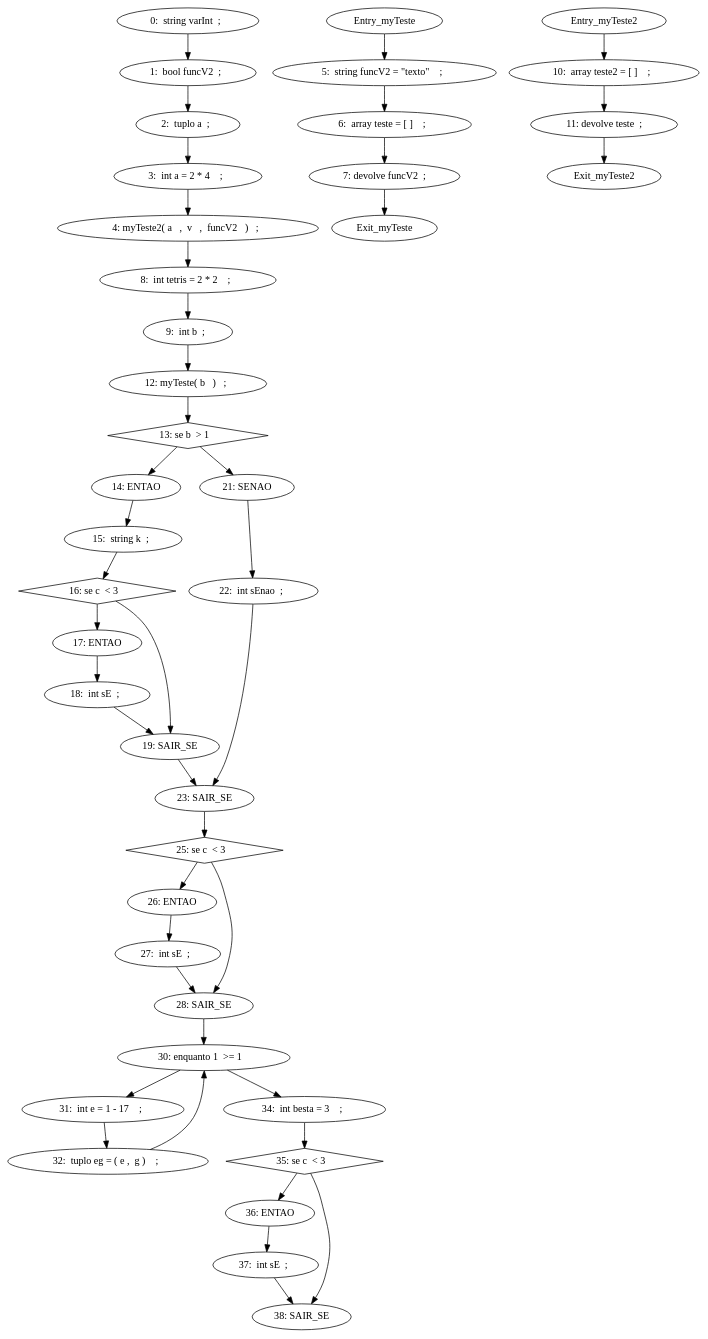
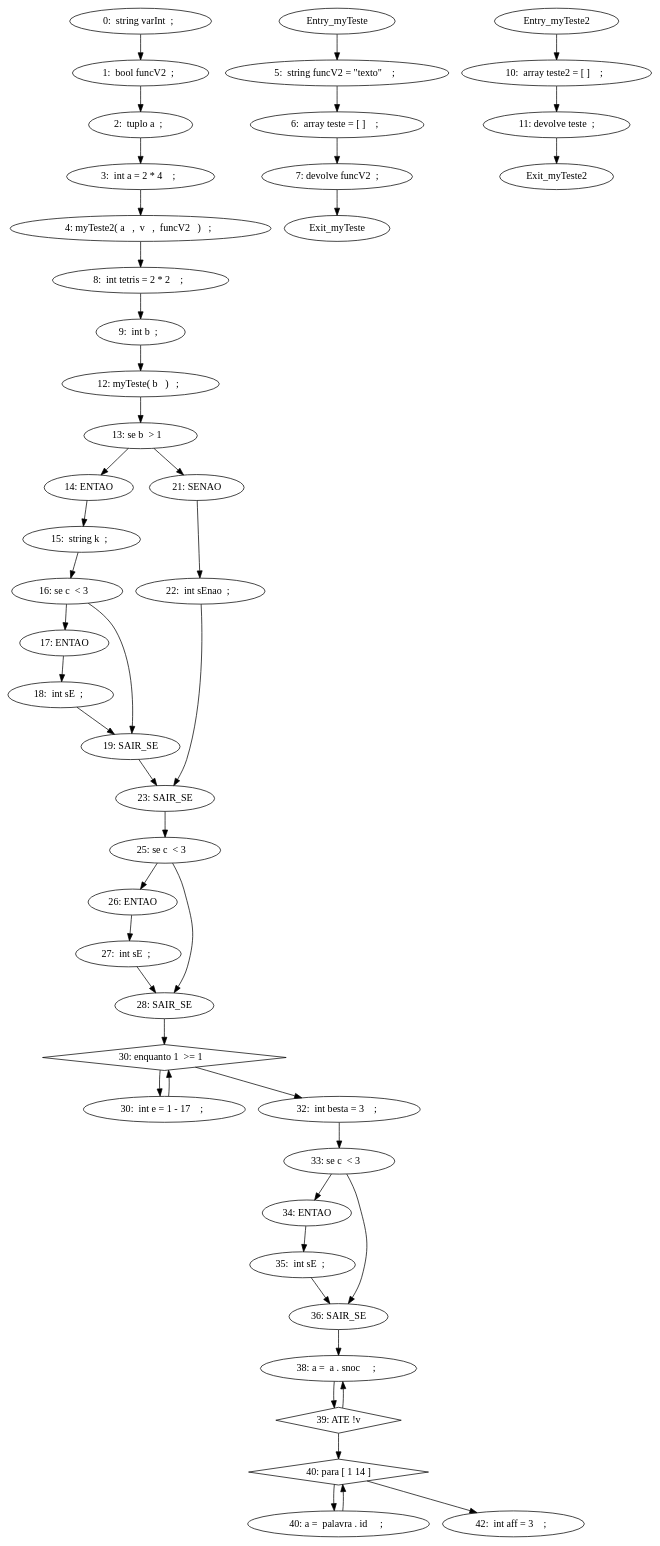
One commit to Yakari144/ImperativeLanguageAnalyser changed the diagram in cfg.dot. Above: the diagram before and after it, drawn with Graphviz. The commit also changed 4 other files, not shown here.

```diff
--- a/cfg.dot
+++ b/cfg.dot
@@ -1,47 +1,52 @@
-digraph CFG{
+digraph G {
 "0:  string varInt  ;  " -> "1:  bool funcV2  ;  "
 "1:  bool funcV2  ;  " -> "2:  tuplo a  ;  "
 "2:  tuplo a  ;  " -> "3:  int a = 2 * 4    ;  "
 "3:  int a = 2 * 4    ;  " -> "4: myTeste2( a   ,  v   ,  funcV2   )   ;  "
 "Entry_myTeste" -> "5:  string funcV2 = \"texto\"    ;  "
 "5:  string funcV2 = \"texto\"    ;  " -> "6:  array teste = [ ]    ;  "
 "6:  array teste = [ ]    ;  " -> "7: devolve funcV2  ; "
 "7: devolve funcV2  ; " -> "Exit_myTeste"
 "4: myTeste2( a   ,  v   ,  funcV2   )   ;  " -> "8:  int tetris = 2 * 2    ;  "
 "8:  int tetris = 2 * 2    ;  " -> "9:  int b  ;  "
 "Entry_myTeste2" -> "10:  array teste2 = [ ]    ;  "
 "10:  array teste2 = [ ]    ;  " -> "11: devolve teste  ; "
 "11: devolve teste  ; " -> "Exit_myTeste2"
 "9:  int b  ;  " -> "12: myTeste( b   )   ;  "
 "12: myTeste( b   )   ;  " -> "13: se b  > 1   "
-"13: se b  > 1   " [shape=diamond]
 "13: se b  > 1   " -> "14: ENTAO"
 "14: ENTAO" -> "15:  string k  ;  "
 "15:  string k  ;  " -> "16: se c  < 3   "
-"16: se c  < 3   " [shape=diamond]
 "16: se c  < 3   " -> "17: ENTAO"
 "17: ENTAO" -> "18:  int sE  ;  "
 "18:  int sE  ;  " -> "19: SAIR_SE"
 "16: se c  < 3   " -> "19: SAIR_SE"
 "13: se b  > 1   " -> "21: SENAO "
 "21: SENAO " -> "22:  int sEnao  ;  "
 "22:  int sEnao  ;  " -> "23: SAIR_SE"
 "19: SAIR_SE" -> "23: SAIR_SE"
 "23: SAIR_SE" -> "25: se c  < 3   "
-"25: se c  < 3   " [shape=diamond]
 "25: se c  < 3   " -> "26: ENTAO"
 "26: ENTAO" -> "27:  int sE  ;  "
 "27:  int sE  ;  " -> "28: SAIR_SE"
 "25: se c  < 3   " -> "28: SAIR_SE"
 "28: SAIR_SE" -> "30: enquanto 1  >= 1   "
-"30: enquanto 1  >= 1   " -> "31:  int e = 1 - 17    ;  "
-"31:  int e = 1 - 17    ;  " -> "32:  tuplo eg = ( e ,  g )    ;  "
-"32:  tuplo eg = ( e ,  g )    ;  " -> "30: enquanto 1  >= 1   "
-"30: enquanto 1  >= 1   " -> "34:  int besta = 3    ;  "
-"34:  int besta = 3    ;  " -> "35: se c  < 3   "
-"35: se c  < 3   " [shape=diamond]
-"35: se c  < 3   " -> "36: ENTAO"
-"36: ENTAO" -> "37:  int sE  ;  "
-"37:  int sE  ;  " -> "38: SAIR_SE"
-"35: se c  < 3   " -> "38: SAIR_SE"
+"30: enquanto 1  >= 1   " [shape=diamond]
+"30: enquanto 1  >= 1   " -> "30:  int e = 1 - 17    ;  "
+"30:  int e = 1 - 17    ;  " -> "30: enquanto 1  >= 1   "
+"30: enquanto 1  >= 1   " -> "32:  int besta = 3    ;  "
+"32:  int besta = 3    ;  " -> "33: se c  < 3   "
+"33: se c  < 3   " -> "34: ENTAO"
+"34: ENTAO" -> "35:  int sE  ;  "
+"35:  int sE  ;  " -> "36: SAIR_SE"
+"33: se c  < 3   " -> "36: SAIR_SE"
+"36: SAIR_SE" -> "38: a =  a . snoc     ;  "
+"38: a =  a . snoc     ;  " -> "39: ATE !v "
+"39: ATE !v " -> "38: a =  a . snoc     ;  "
+"39: ATE !v " [shape=diamond]
+"39: ATE !v " -> "40: para [ 1 14 ] "
+"40: para [ 1 14 ] " [shape=diamond]
+"40: para [ 1 14 ] " -> "40: a =  palavra . id     ;  "
+"40: a =  palavra . id     ;  " -> "40: para [ 1 14 ] "
+"40: para [ 1 14 ] " -> "42:  int aff = 3    ;  "
 }
```
